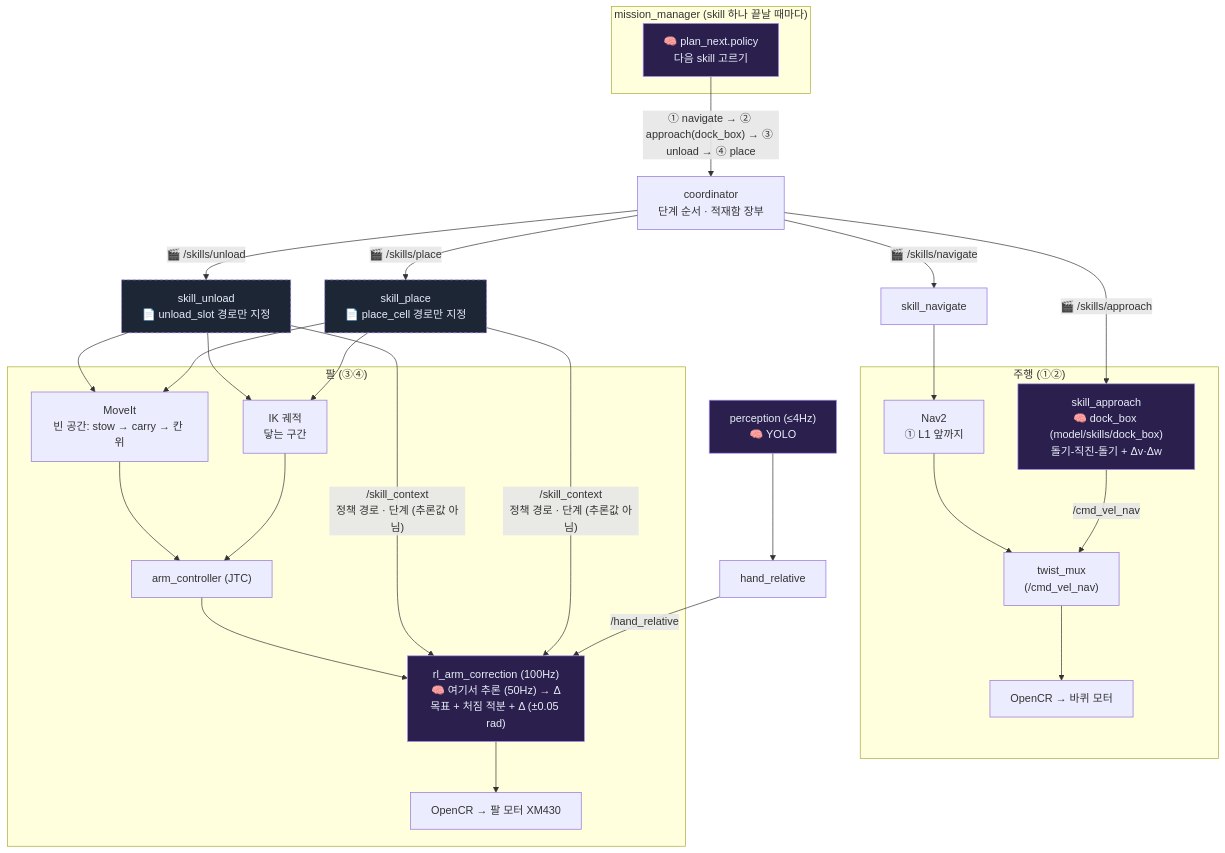
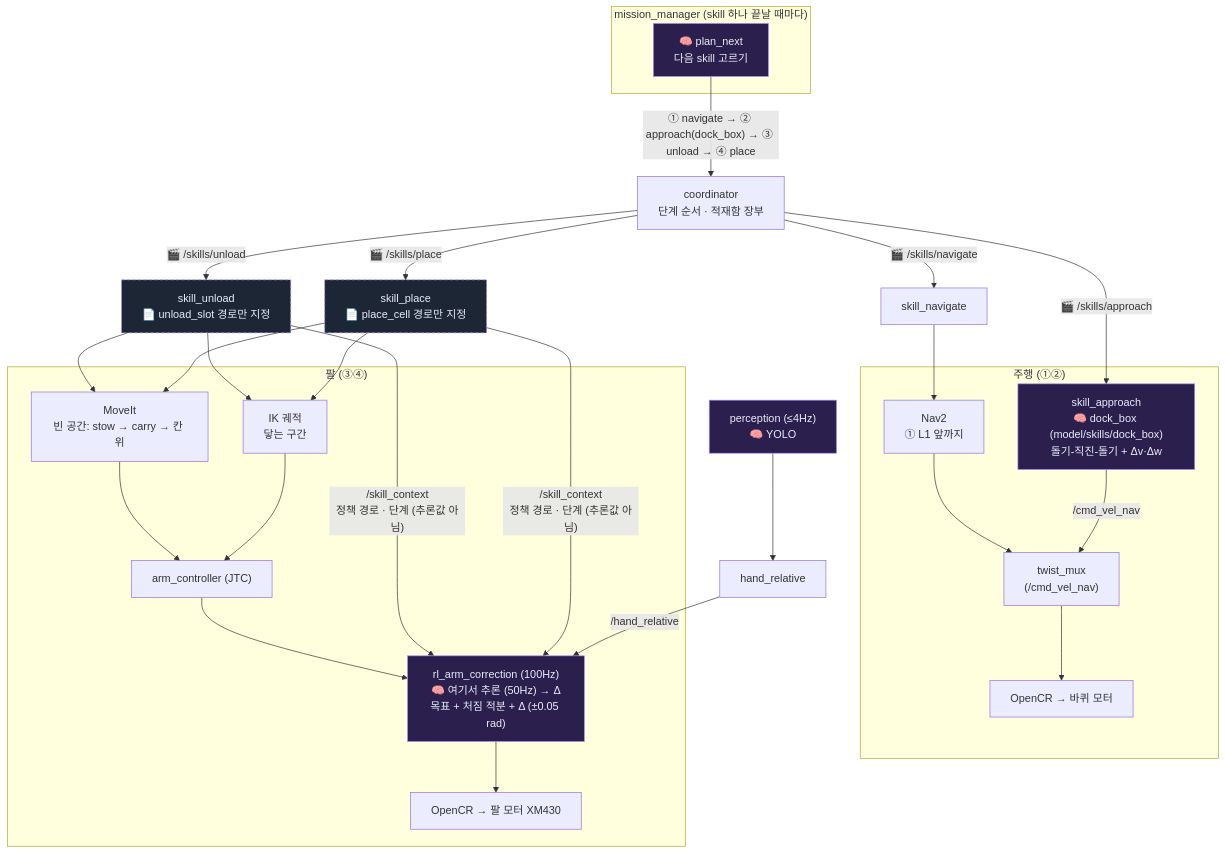
One commit to JuneKunst/JuneKunst.github.io changed the fourth of 9 diagrams in bee/system-map.md. Above: the diagram before and after it, drawn with Mermaid. The commit also changed other lines of this file and 8 other files, not shown here.

````diff
--- a/bee/system-map.md
+++ b/bee/system-map.md
@@ -119,31 +119,31 @@
 ```mermaid
 flowchart TB
   subgraph gx_MM["mission_manager (skill 하나 끝날 때마다)"]
-    gx_PN["🧠 plan_next.policy<br/>다음 skill 고르기"]:::model
+    gx_PN["🧠 plan_next<br/>다음 skill 고르기"]:::model
   end
   gx_PN -->|"① navigate → ② approach(dock_box) → ③ unload → ④ place"| gx_CO["coordinator<br/>단계 순서 · 적재함 장부"]
   gx_CO -->|"🎬 /skills/navigate"| gx_SN["skill_navigate"] --> gx_NAV["Nav2<br/>① L1 앞까지"]
   gx_CO -->|"🎬 /skills/approach"| gx_SA["skill_approach<br/>🧠 dock_box (model/skills/dock_box)<br/>돌기-직진-돌기 + Δv·Δw"]:::model
   gx_CO -->|"🎬 /skills/unload"| gx_SU["skill_unload<br/>📄 unload_slot 경로만 지정"]:::pick
   gx_CO -->|"🎬 /skills/place"| gx_SP["skill_place<br/>📄 place_cell 경로만 지정"]:::pick
   subgraph gx_BASE_PATH["주행 (①②)"]
     gx_NAV --> gx_NC["twist_mux<br/>(/cmd_vel_nav)"]
     gx_SA -->|"/cmd_vel_nav"| gx_NC
     gx_NC --> gx_OC["OpenCR → 바퀴 모터"]
   end
   subgraph gx_ARM_PATH["팔 (③④)"]
     gx_MV["MoveIt<br/>빈 공간: stow → carry → 칸 위"] --> gx_JTC["arm_controller (JTC)"]
     gx_IK["IK 궤적<br/>닿는 구간"] --> gx_JTC
     gx_JTC --> gx_RC["rl_arm_correction (100Hz)<br/>🧠 여기서 추론 (50Hz) → Δ<br/>목표 + 처짐 적분 + Δ (±0.05 rad)"]:::model
     gx_RC --> gx_DX["OpenCR → 팔 모터 XM430"]
   end
   gx_SU --> gx_MV
   gx_SU --> gx_IK
   gx_SP --> gx_MV
   gx_SP --> gx_IK
   gx_SU -->|"/skill_context<br/>정책 경로 · 단계 (추론값 아님)"| gx_RC
   gx_SP -->|"/skill_context<br/>정책 경로 · 단계 (추론값 아님)"| gx_RC
   gx_CAM["perception (≤4Hz)<br/>🧠 YOLO"]:::model --> gx_HR["hand_relative"] -->|"/hand_relative"| gx_RC
   classDef model fill:#2a1f4d,stroke:#a78bfa,color:#e8eef8
   classDef pick fill:#1c2635,stroke:#a78bfa,color:#e8eef8,stroke-dasharray:5 3
 ```
````
